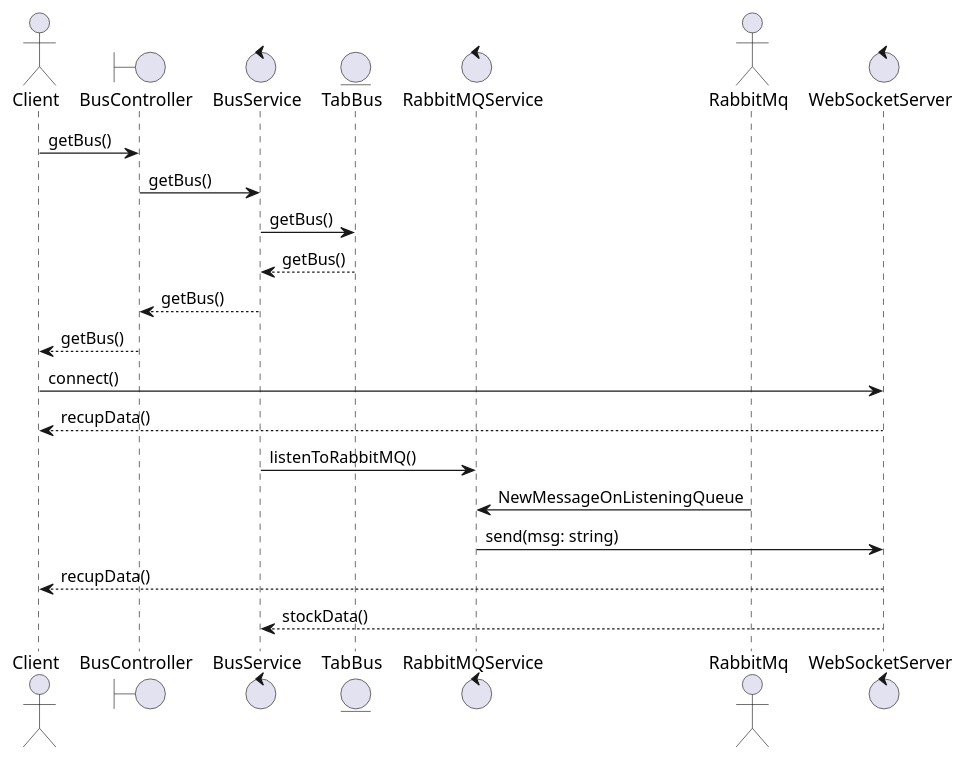
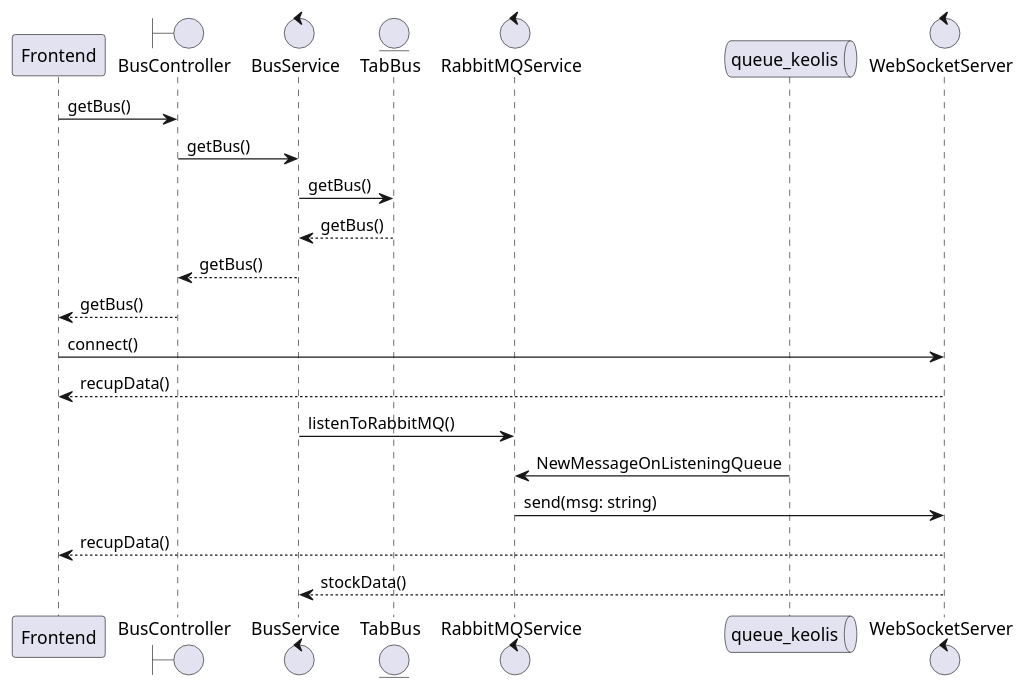
Before and after one commit to ESIR2-PROJET-KEOLIS/design: the diagram in diagrams/backend/DiagrammeSequence.puml, drawn with PlantUML.

Commit message:
modification du diagramme de sequence

```diff
--- a/diagrams/backend/DiagrammeSequence.puml
+++ b/diagrams/backend/DiagrammeSequence.puml
@@ -1,25 +1,25 @@
 @startuml
 
-actor Client
+participant Frontend
 boundary BusController
 control BusService
 entity TabBus
 control RabbitMQService
-actor RabbitMq
+queue queue_keolis
 control WebSocketServer
-Client -> BusController: getBus()
+Frontend -> BusController: getBus()
 BusController -> BusService: getBus()
 BusService -> TabBus: getBus()
 TabBus --> BusService: getBus()
 BusService --> BusController: getBus()
-BusController --> Client: getBus()
-Client -> WebSocketServer: connect()
-WebSocketServer --> Client: recupData()
+BusController --> Frontend: getBus()
+Frontend -> WebSocketServer: connect()
+WebSocketServer --> Frontend: recupData()
 BusService -> RabbitMQService: listenToRabbitMQ()
-RabbitMq -> RabbitMQService: NewMessageOnListeningQueue
+queue_keolis -> RabbitMQService: NewMessageOnListeningQueue
 RabbitMQService -> WebSocketServer: send(msg: string)
-WebSocketServer --> Client: recupData()
+WebSocketServer --> Frontend: recupData()
 WebSocketServer --> BusService: stockData()
 
 
 @enduml
```
